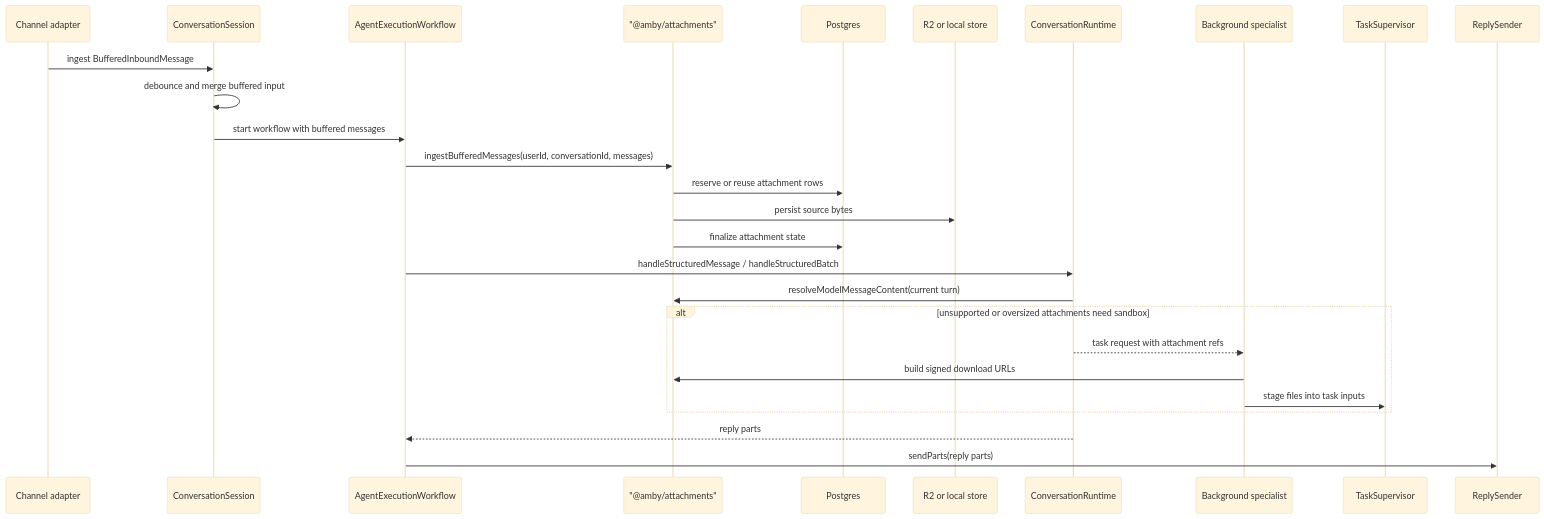
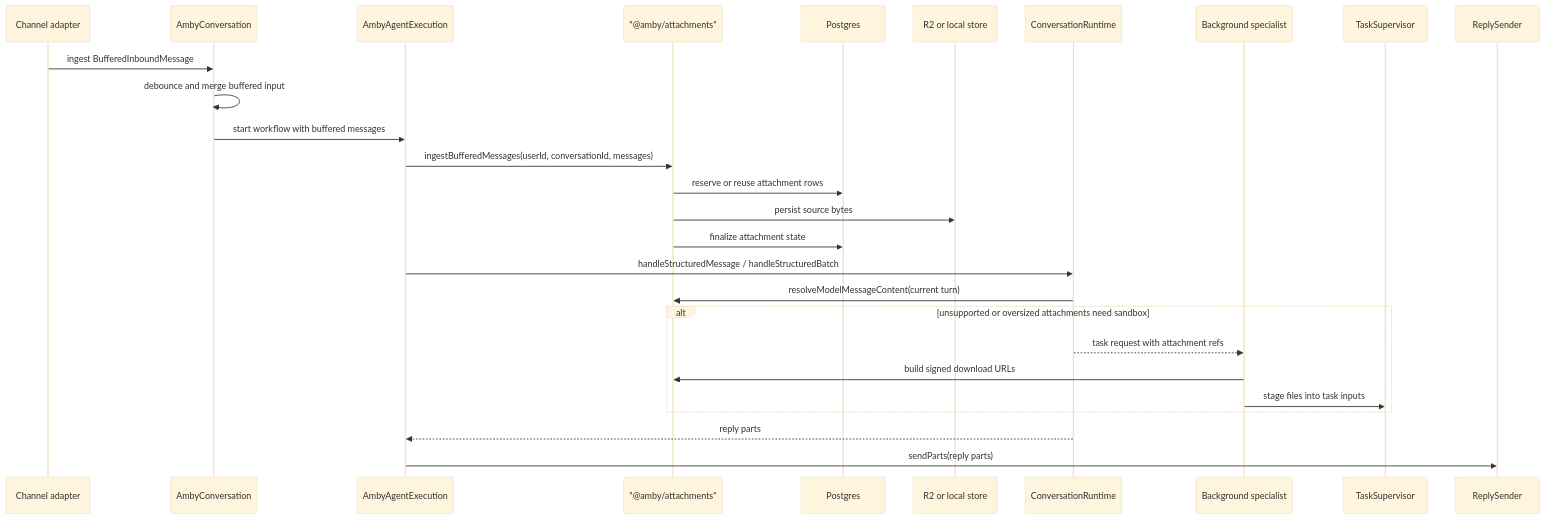
Before and after one commit to punitarani/amby: the third of 5 diagrams in docs/chat/attachments.md, drawn with Mermaid (base theme). The commit also changed other lines of this file and 17 other files, not shown here.

````diff
--- a/docs/chat/attachments.md
+++ b/docs/chat/attachments.md
@@ -142,30 +142,30 @@
 ```mermaid
 sequenceDiagram
     participant CH as Channel adapter
-    participant DO as ConversationSession
-    participant WF as AgentExecutionWorkflow
+    participant DO as AmbyConversation
+    participant WF as AmbyAgentExecution
     participant ATT as "@amby/attachments"
     participant DB as Postgres
     participant BLOB as R2 or local store
     participant AG as ConversationRuntime
     participant BG as Background specialist
     participant COMP as TaskSupervisor
     participant SEND as ReplySender
 
     CH->>DO: ingest BufferedInboundMessage
     DO->>DO: debounce and merge buffered input
     DO->>WF: start workflow with buffered messages
     WF->>ATT: ingestBufferedMessages(userId, conversationId, messages)
     ATT->>DB: reserve or reuse attachment rows
     ATT->>BLOB: persist source bytes
     ATT->>DB: finalize attachment state
     WF->>AG: handleStructuredMessage / handleStructuredBatch
     AG->>ATT: resolveModelMessageContent(current turn)
     alt unsupported or oversized attachments need sandbox
         AG-->>BG: task request with attachment refs
         BG->>ATT: build signed download URLs
         BG->>COMP: stage files into task inputs
     end
     AG-->>WF: reply parts
     WF->>SEND: sendParts(reply parts)
 ```
````
